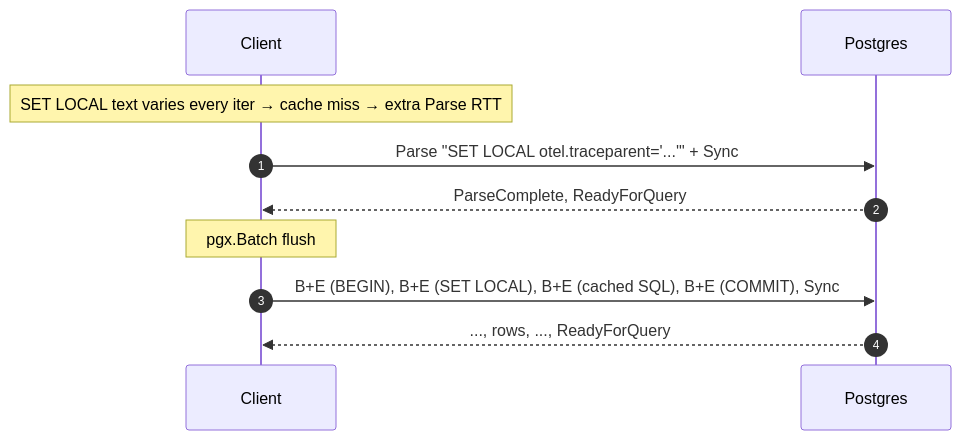
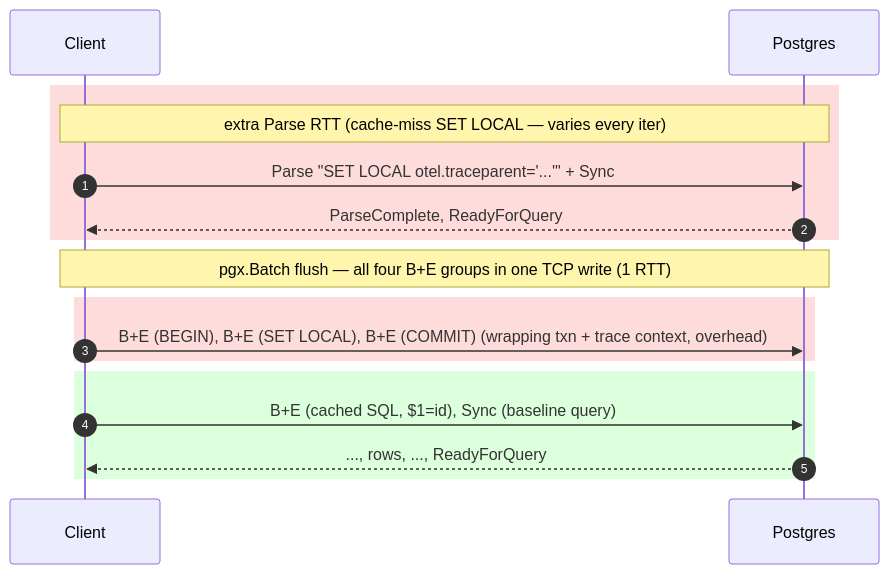
One commit to ringerc/postgres_otel_tracing_bench changed the fourth of 6 diagrams in README.md. Above: the diagram before and after it, drawn with Mermaid. The commit also changed other lines of this file, not shown here.

First line of the commit message:
README: colour-code overhead vs baseline in sequence diagrams; fix libpq claim

````diff
--- a/README.md
+++ b/README.md
@@ -215,12 +241,19 @@
 ```mermaid
 sequenceDiagram
     autonumber
     participant C as Client
     participant S as Postgres
-    Note over C: SET LOCAL text varies every iter → cache miss → extra Parse RTT
+    rect rgb(255,220,220)
+    Note over C,S: extra Parse RTT (cache-miss SET LOCAL — varies every iter)
     C->>S: Parse "SET LOCAL otel.traceparent='...'" + Sync
     S-->>C: ParseComplete, ReadyForQuery
-    Note over C: pgx.Batch flush
-    C->>S: B+E (BEGIN), B+E (SET LOCAL), B+E (cached SQL), B+E (COMMIT), Sync
+    end
+    Note over C,S: pgx.Batch flush — all four B+E groups in one TCP write (1 RTT)
+    rect rgb(255,220,220)
+    C->>S: B+E (BEGIN), B+E (SET LOCAL), B+E (COMMIT) (wrapping txn + trace context, overhead)
+    end
+    rect rgb(220,255,220)
+    C->>S: B+E (cached SQL, $1=id), Sync (baseline query)
     S-->>C: ..., rows, ..., ReadyForQuery
+    end
 ```
````
